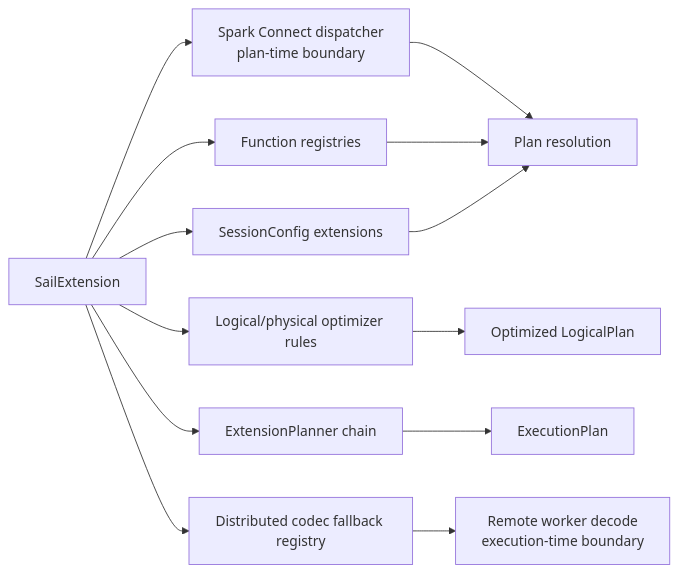
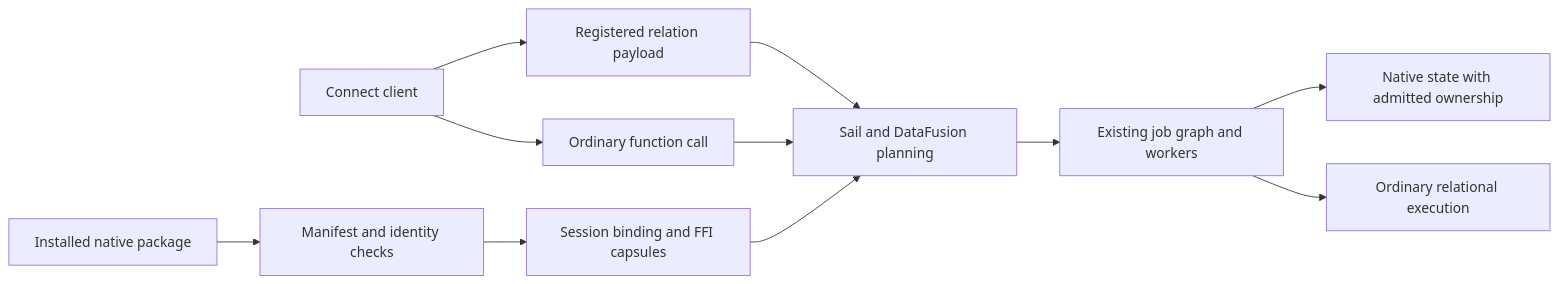
The fourth of 4 diagrams in sail-rust-book/sources/01-architecture-overview.md (firstpair/sail-rust-book), drawn with Mermaid before and after one commit. The commit also changed other lines of this file and 27 other files, not shown here.

Commit message:
Update Sail book draft for current APIs and extension implementation

````diff
--- a/sail-rust-book/sources/01-architecture-overview.md
+++ b/sail-rust-book/sources/01-architecture-overview.md
@@ -269,16 +258,13 @@
 ```mermaid
 flowchart LR
-    Ext["SailExtension"] --> SCDispatch["Spark Connect dispatcher<br/>plan-time boundary"]
-    Ext --> Funcs["Function registries"]
-    Ext --> Config["SessionConfig extensions"]
-    Ext --> Optimizers["Logical/physical optimizer rules"]
-    Ext --> Planners["ExtensionPlanner chain"]
-    Ext --> Codec["Distributed codec fallback registry"]
-
-    SCDispatch --> Resolve["Plan resolution"]
-    Funcs --> Resolve
-    Config --> Resolve
-    Optimizers --> Logical["Optimized LogicalPlan"]
-    Planners --> Physical["ExecutionPlan"]
-    Codec --> Workers["Remote worker decode<br/>execution-time boundary"]
+    Client["Connect client"] --> Relation["Registered relation payload"]
+    Client --> Function["Ordinary function call"]
+    Package["Installed native package"] --> Manifest["Manifest and identity checks"]
+    Manifest --> Binding["Session binding and FFI capsules"]
+    Relation --> Plan["Sail and DataFusion planning"]
+    Function --> Plan
+    Binding --> Plan
+    Plan --> Job["Existing job graph and workers"]
+    Job --> Native["Native state with admitted ownership"]
+    Job --> Relational["Ordinary relational execution"]
 ```
````
